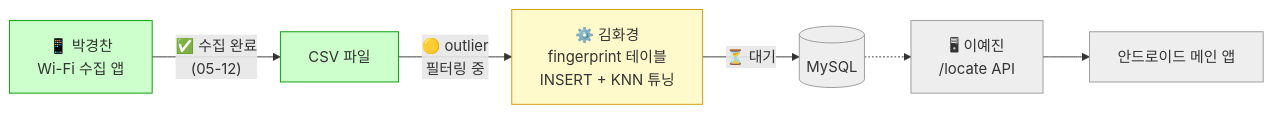
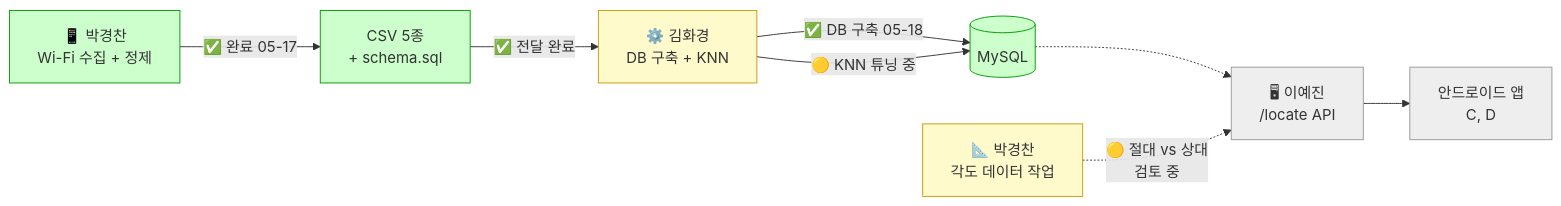
The diagram in docs/10-진행이력.md (hwagyeong-a/subway-navigation-server), drawn with Mermaid before and after one commit. The commit also changed other lines of this file and 2 other files, not shown here.

````diff
--- a/docs/10-진행이력.md
+++ b/docs/10-진행이력.md
@@ -217,22 +250,25 @@
 ```mermaid
 flowchart LR
-    A["📱 박경찬<br/>Wi-Fi 수집 앱"]
-    B[CSV 파일]
-    C["⚙️ 김화경<br/>fingerprint 테이블<br/>INSERT + KNN 튜닝"]
+    A["📱 박경찬<br/>Wi-Fi 수집 + 정제"]
+    B[CSV 5종<br/>+ schema.sql]
+    C["⚙️ 김화경<br/>DB 구축 + KNN"]
     D[(MySQL)]
     E["🖥 이예진<br/>/locate API"]
-    F[안드로이드 메인 앱]
+    F[안드로이드 앱<br/>C, D]
+    G["📐 박경찬<br/>각도 데이터 작업"]
 
-    A -- "✅ 수집 완료<br/>(05-12)" --> B
-    B -- "🟡 outlier<br/>필터링 중" --> C
-    C -- "⏳ 대기" --> D
+    A -- "✅ 완료 05-17" --> B
+    B -- "✅ 전달 완료" --> C
+    C -- "✅ DB 구축 05-18" --> D
+    C -- "🟡 KNN 튜닝 중" --> D
     D -.-> E
+    G -. "🟡 절대 vs 상대<br/>검토 중" .-> E
     E --> F
 
     classDef done fill:#ccffcc,stroke:#009900
     classDef wip fill:#fffacc,stroke:#cc9900
     classDef wait fill:#eeeeee,stroke:#999999
-    class A,B done
-    class C wip
-    class D,E,F wait
+    class A,B,D done
+    class C,G wip
+    class E,F wait
 ```
````
